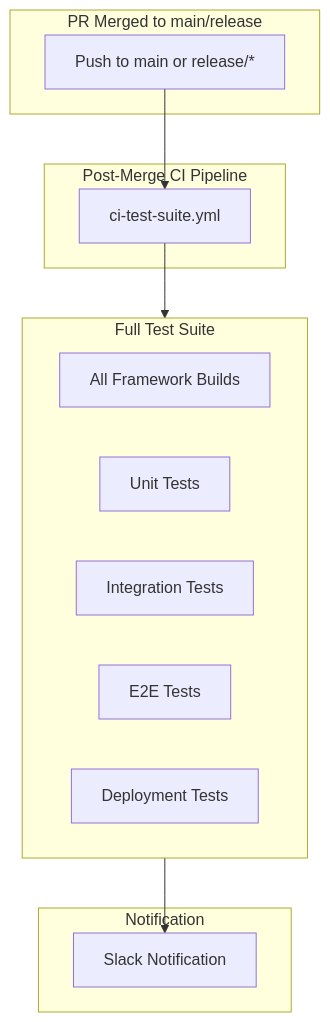
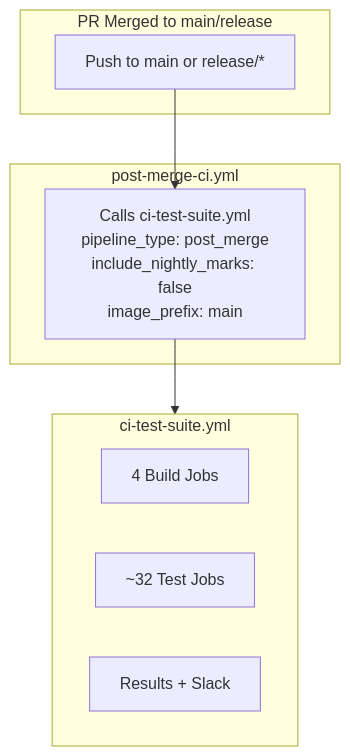
One commit to ai-dynamo/dynamo changed the fifth of 5 diagrams in .github/PR_WORKFLOW.md. Above: the diagram before and after it, drawn with Mermaid. The commit also changed other lines of this file and 2 other files, not shown here.

````diff
--- a/.github/PR_WORKFLOW.md
+++ b/.github/PR_WORKFLOW.md
@@ -178,26 +290,19 @@
 ```mermaid
 flowchart TD
     subgraph Trigger["PR Merged to main/release"]
         A[Push to main or release/*]
     end
 
-    subgraph PostMerge["Post-Merge CI Pipeline"]
-        B[ci-test-suite.yml]
+    subgraph PostMerge["post-merge-ci.yml"]
+        B[Calls ci-test-suite.yml<br/>pipeline_type: post_merge<br/>include_nightly_marks: false<br/>image_prefix: main]
     end
 
-    subgraph Tests["Full Test Suite"]
-        C[All Framework Builds]
-        D[Unit Tests]
-        E[Integration Tests]
-        F[E2E Tests]
-        G[Deployment Tests]
-    end
-
-    subgraph Notification
-        H[Slack Notification]
+    subgraph Suite["ci-test-suite.yml"]
+        C1[4 Build Jobs]
+        C2[~32 Test Jobs]
+        C3[Results + Slack]
     end
 
     A --> B
-    B --> Tests
-    Tests --> H
+    B --> Suite
 ```
````
